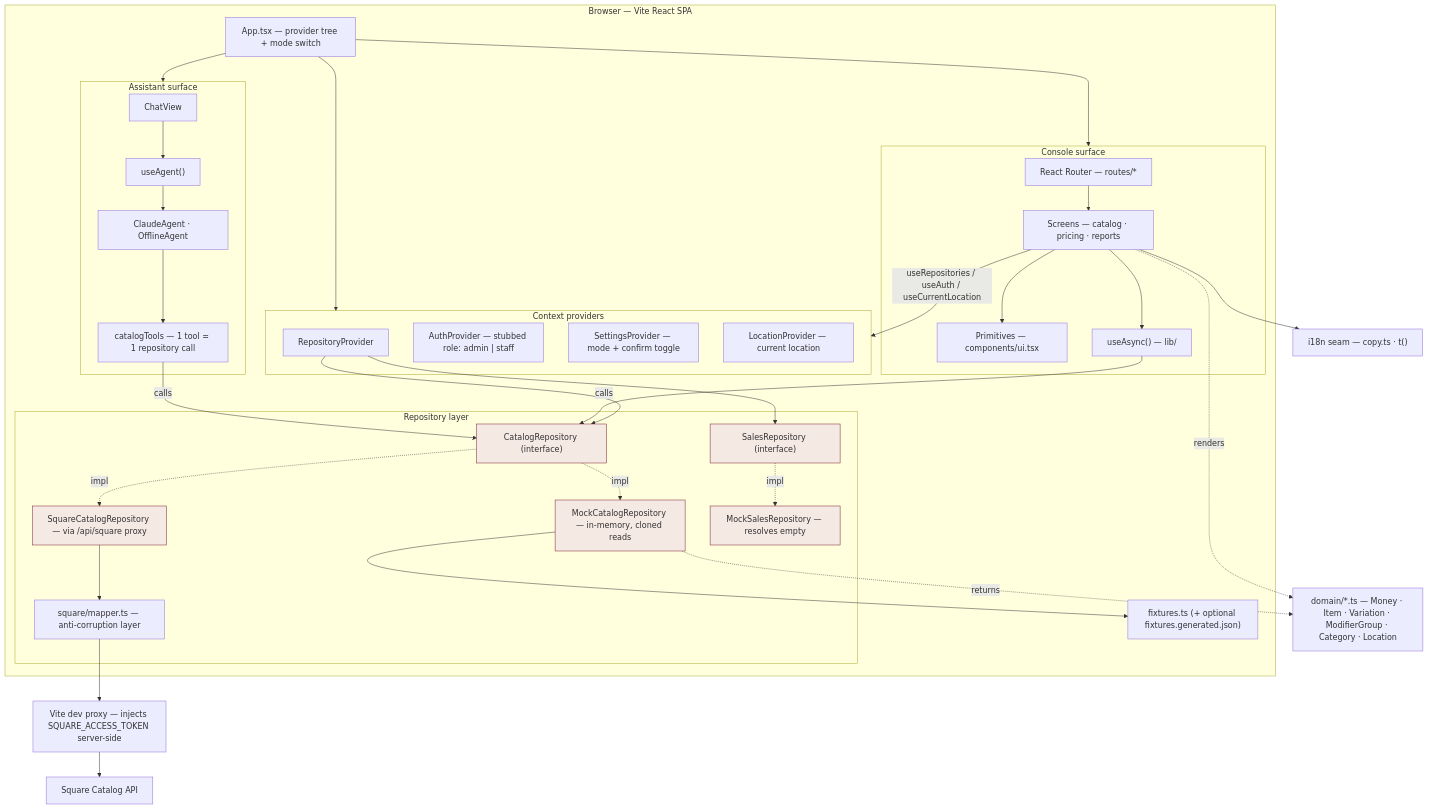
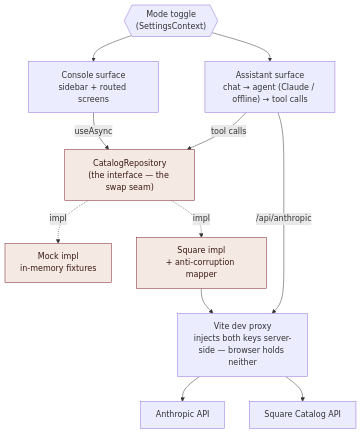
One commit to daniel-citrus/CapheVietPOS changed the first of 6 diagrams in ARCHITECTURE.md. Above: the diagram before and after it, drawn with Mermaid. The commit also changed other lines of this file and 11 other files, not shown here.

First line of the commit message:
Keep Anthropic API key server-side via Vite proxy (like Square).

````diff
--- a/ARCHITECTURE.md
+++ b/ARCHITECTURE.md
@@ -22,63 +50,29 @@
 ```mermaid
 flowchart TD
-  subgraph Browser["Browser — Vite React SPA"]
-    APP["App.tsx — provider tree + mode switch"]
+  TOGGLE{{"Mode toggle<br/>(SettingsContext)"}}
 
-    subgraph ASSIST["Assistant surface"]
-      CV["ChatView"]
-      UA["useAgent()"]
-      AG["ClaudeAgent · OfflineAgent"]
-      TB["catalogTools — 1 tool = 1 repository call"]
-    end
+  ASSIST["Assistant surface<br/>chat → agent (Claude / offline) → tool calls"]
+  CONSOLE["Console surface<br/>sidebar + routed screens"]
 
-    subgraph CONSOLE["Console surface"]
-      RR["React Router — routes/*"]
-      SC["Screens — catalog · pricing · reports"]
-      PR["Primitives — components/ui.tsx"]
-      HA["useAsync() — lib/"]
-    end
+  REPO["CatalogRepository<br/>(the interface — the swap seam)"]
+  MOCK["Mock impl<br/>in-memory fixtures"]
+  SQ["Square impl<br/>+ anti-corruption mapper"]
 
-    subgraph CTX["Context providers"]
-      RP["RepositoryProvider"]
-      AU["AuthProvider — stubbed role: admin | staff"]
-      ST["SettingsProvider — mode + confirm toggle"]
-      LP["LocationProvider — current location"]
-    end
+  PROXY["Vite dev proxy<br/>injects both keys server-side — browser holds neither"]
+  ANTHROPIC["Anthropic API"]
+  SQUAREAPI["Square Catalog API"]
 
-    subgraph REPO["Repository layer"]
-      CI["CatalogRepository (interface)"]
-      SI["SalesRepository (interface)"]
-      MC["MockCatalogRepository — in-memory, cloned reads"]
-      SQ["SquareCatalogRepository — via /api/square proxy"]
-      MS["MockSalesRepository — resolves empty"]
-      MAP["square/mapper.ts — anti-corruption layer"]
-    end
+  TOGGLE --> ASSIST
+  TOGGLE --> CONSOLE
+  ASSIST -->|"tool calls"| REPO
+  CONSOLE -->|"useAsync"| REPO
+  REPO -. impl .-> MOCK
+  REPO -. impl .-> SQ
+  ASSIST -->|"/api/anthropic"| PROXY
+  SQ --> PROXY
+  PROXY --> ANTHROPIC
+  PROXY --> SQUAREAPI
 
-    FIX["fixtures.ts (+ optional fixtures.generated.json)"]
-  end
-
-  PROXY["Vite dev proxy — injects SQUARE_ACCESS_TOKEN server-side"]
-  SQUARE["Square Catalog API"]
-  I18N["i18n seam — copy.ts · t()"]
-  DOM["domain/*.ts — Money · Item · Variation · ModifierGroup · Category · Location"]
-
-  APP --> ASSIST & CONSOLE & CTX
-  CV --> UA --> AG --> TB
-  RR --> SC --> PR
-  SC --> HA
-  SC --> I18N
-  SC -->|useRepositories / useAuth / useCurrentLocation| CTX
-  TB -->|calls| CI
-  HA -->|calls| CI
-  RP --> CI & SI
-  CI -.impl.-> MC
-  CI -.impl.-> SQ
-  SI -.impl.-> MS
-  MC --> FIX
-  SQ --> MAP --> PROXY --> SQUARE
-  MC -. returns .-> DOM
-  SC -. renders .-> DOM
-
-  classDef swap fill:#f5e9e4,stroke:#7d1f2d;
-  class CI,SI,MC,SQ,MS swap
+  classDef seam fill:#f5e9e4,stroke:#7d1f2d,color:#3a1a14;
+  class REPO,MOCK,SQ seam
 ```
````
